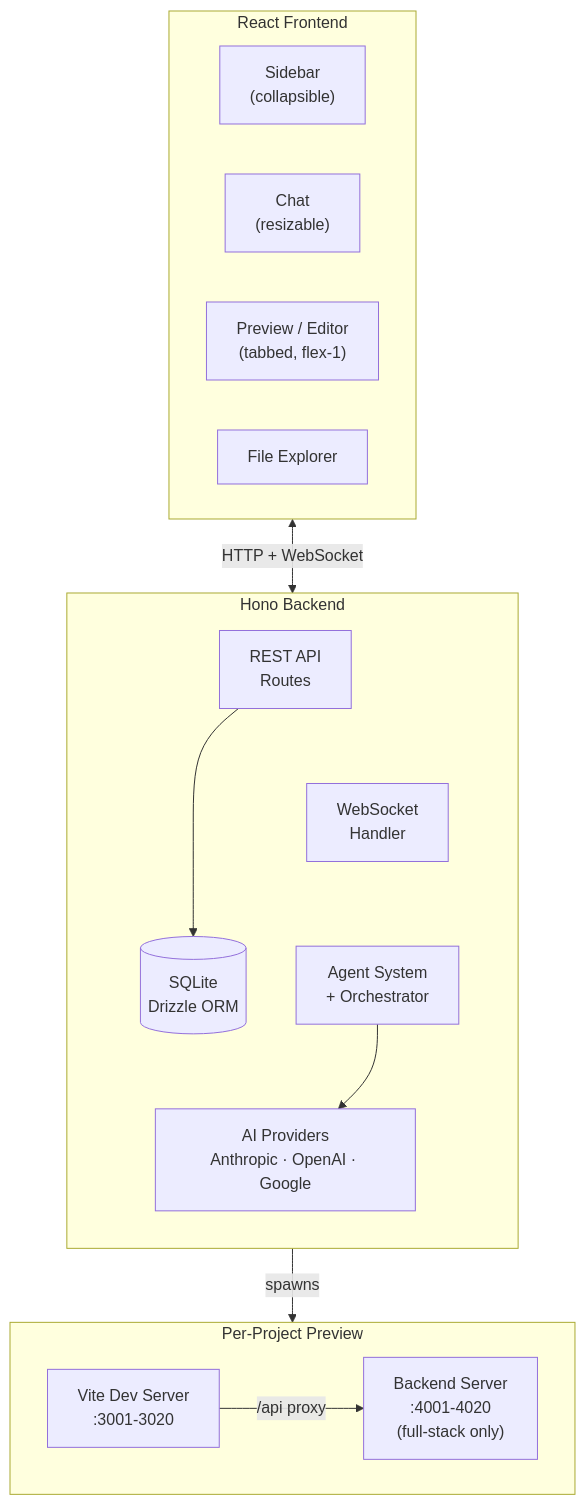
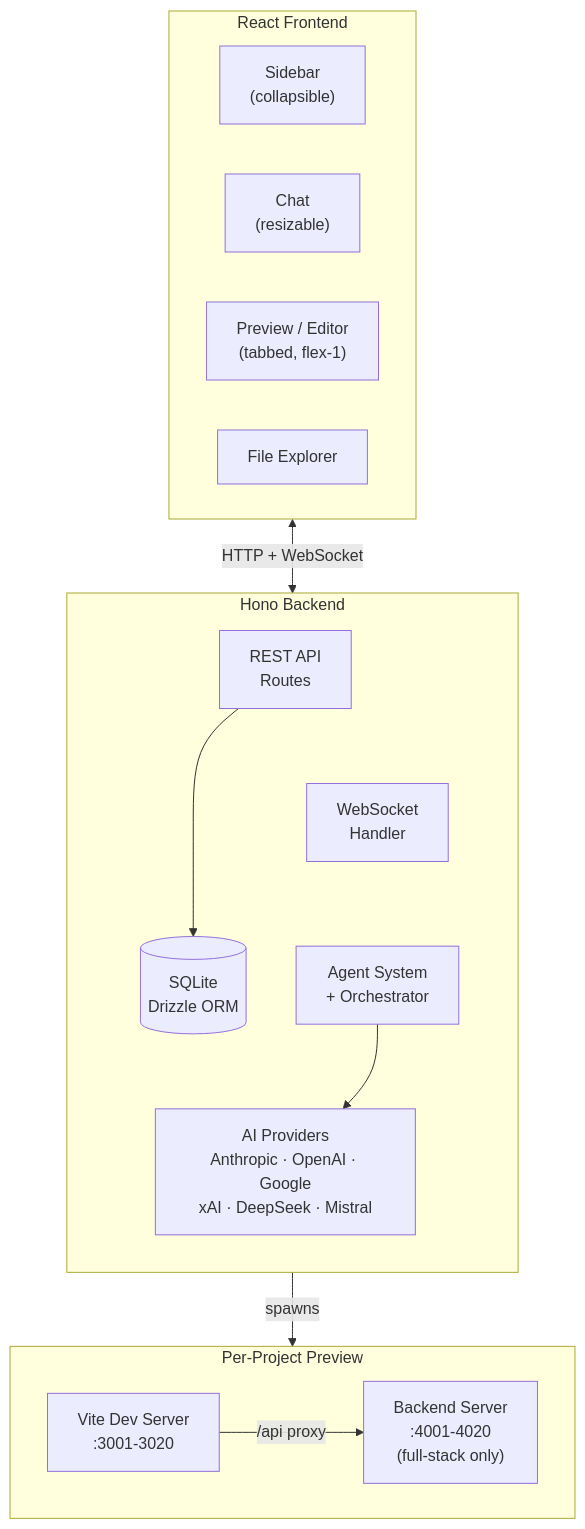
The diagram in docs/wiki/Architecture.md (anthonybaldwin/page-gen), drawn with Mermaid before and after one commit. The commit also changed 1 other file, not shown here.

Commit message:
docs(wiki): update Architecture and Agent-Roster for 6 providers, 71 models

````diff
--- a/docs/wiki/Architecture.md
+++ b/docs/wiki/Architecture.md
@@ -5,29 +5,29 @@
 ```mermaid
 graph TB
   subgraph FE["React Frontend"]
     direction LR
     SB["Sidebar<br>(collapsible)"]
     CH["Chat<br>(resizable)"]
     PV["Preview / Editor<br>(tabbed, flex-1)"]
     FX["File Explorer"]
   end
 
   FE <-->|"HTTP + WebSocket"| BE
 
   subgraph BE["Hono Backend"]
     direction TB
     REST["REST API<br>Routes"] ~~~ WSH["WebSocket<br>Handler"] ~~~ AGT["Agent System<br>+ Orchestrator"]
-    DB[("SQLite<br>Drizzle ORM")] ~~~ AIP["AI Providers<br>Anthropic · OpenAI · Google"]
+    DB[("SQLite<br>Drizzle ORM")] ~~~ AIP["AI Providers<br>Anthropic · OpenAI · Google<br>xAI · DeepSeek · Mistral"]
   end
 
   subgraph PV2["Per-Project Preview"]
     direction LR
     VITE["Vite Dev Server<br>:3001-3020"]
     BACK["Backend Server<br>:4001-4020<br>(full-stack only)"]
   end
 
   REST --> DB
   AGT --> AIP
   AGT -->|"spawns"| PV2
   VITE -->|"/api proxy"| BACK
 ```
````
